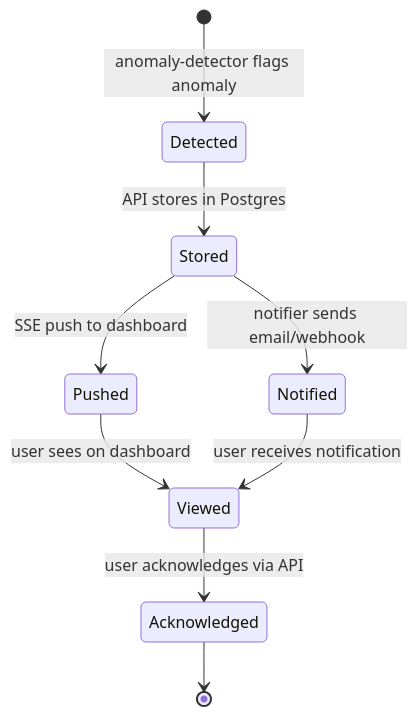
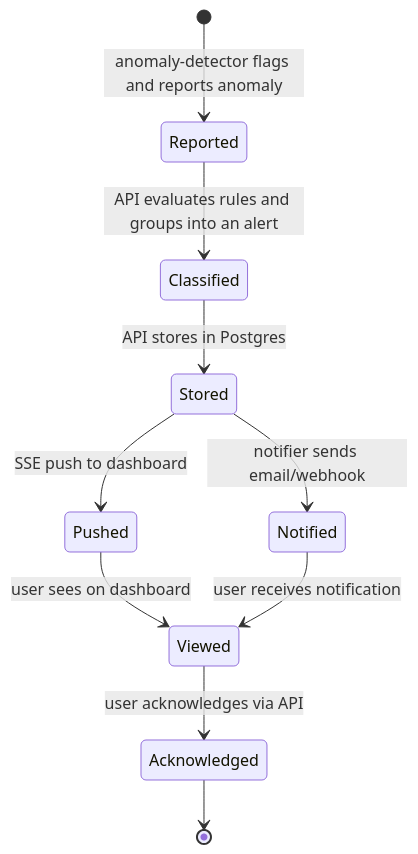
One commit to SerraFacundo/anomaly-watch changed the fifth of 5 diagrams in ARCHITECTURE.md. Above: the diagram before and after it, drawn with Mermaid. The commit also changed other lines of this file and 5 other files, not shown here.

````diff
--- a/ARCHITECTURE.md
+++ b/ARCHITECTURE.md
@@ -422,11 +442,12 @@
 ```mermaid
 stateDiagram-v2
-    [*] --> Detected: anomaly-detector flags anomaly
-    Detected --> Stored: API stores in Postgres
+    [*] --> Reported: anomaly-detector flags and reports anomaly
+    Reported --> Classified: API evaluates rules and groups into an alert
+    Classified --> Stored: API stores in Postgres
     Stored --> Pushed: SSE push to dashboard
     Stored --> Notified: notifier sends email/webhook
     Pushed --> Viewed: user sees on dashboard
     Notified --> Viewed: user receives notification
     Viewed --> Acknowledged: user acknowledges via API
     Acknowledged --> [*]
 ```
````
